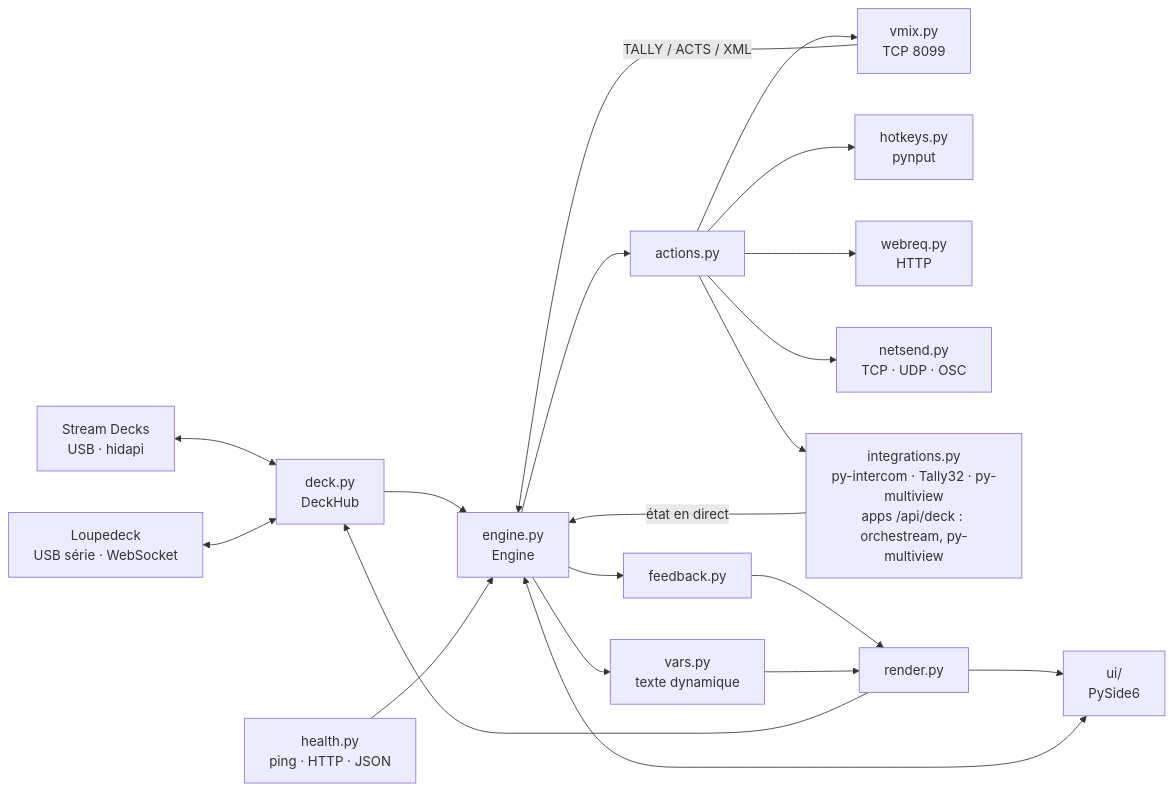
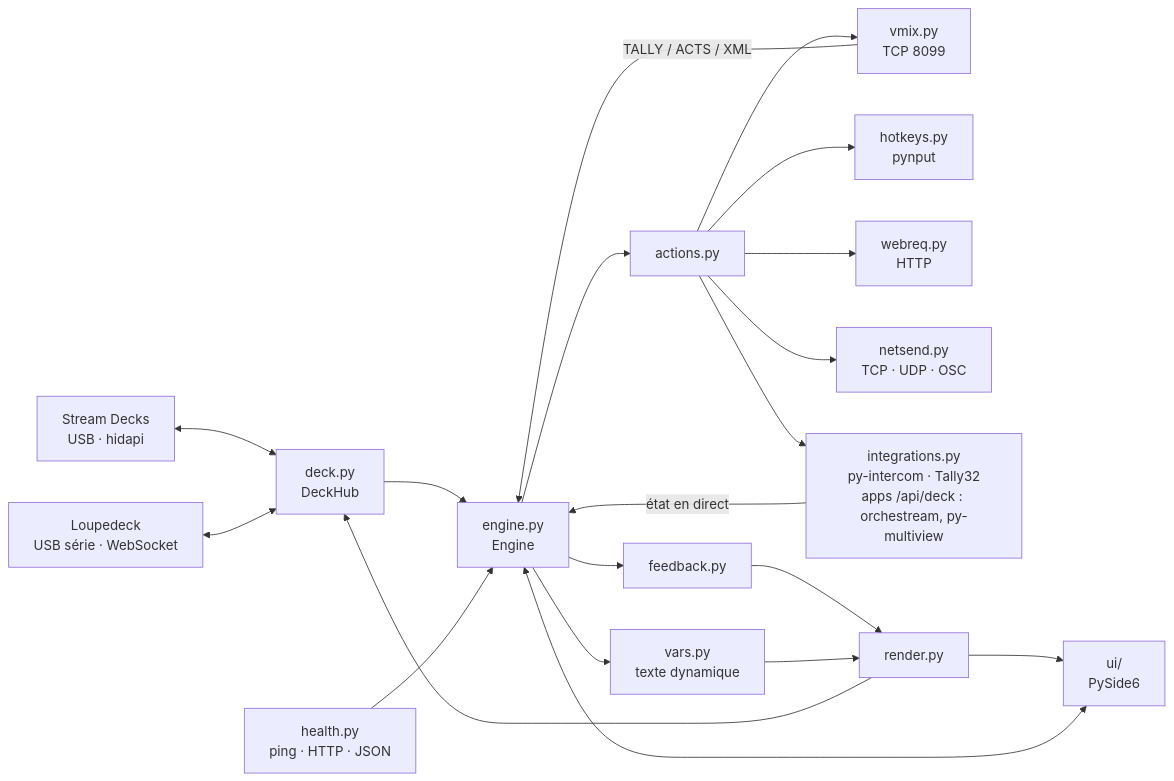
Before and after one commit to lfpoulain/py-livedeck: the diagram in docs/architecture.md, drawn with Mermaid. The commit also changed other lines of this file and 14 other files, not shown here.

````diff
--- a/docs/architecture.md
+++ b/docs/architecture.md
@@ -7,19 +7,19 @@
 ```mermaid
 flowchart LR
     SD[Stream Decks<br/>USB · hidapi] <--> DM[deck.py<br/>DeckHub]
     LD[Loupedeck<br/>USB série · WebSocket] <--> DM
     DM --> E[engine.py<br/>Engine]
     UI[ui/<br/>PySide6] <--> E
     E --> A[actions.py]
     A --> VX[vmix.py<br/>TCP 8099]
     A --> HK[hotkeys.py<br/>pynput]
     A --> WR[webreq.py<br/>HTTP]
     A --> NS[netsend.py<br/>TCP · UDP · OSC]
-    A --> IN[integrations.py<br/>py-intercom · Tally32 · py-multiview<br/>apps /api/deck : orchestream, py-multiview]
+    A --> IN[integrations.py<br/>py-intercom · Tally32<br/>apps /api/deck : orchestream, py-multiview]
     VX -- TALLY / ACTS / XML --> E
     IN -- état en direct --> E
     HL[health.py<br/>ping · HTTP · JSON] --> E
     E --> FB[feedback.py] --> R[render.py] --> DM
     E --> VA[vars.py<br/>texte dynamique] --> R
     R --> UI
 ```
````
